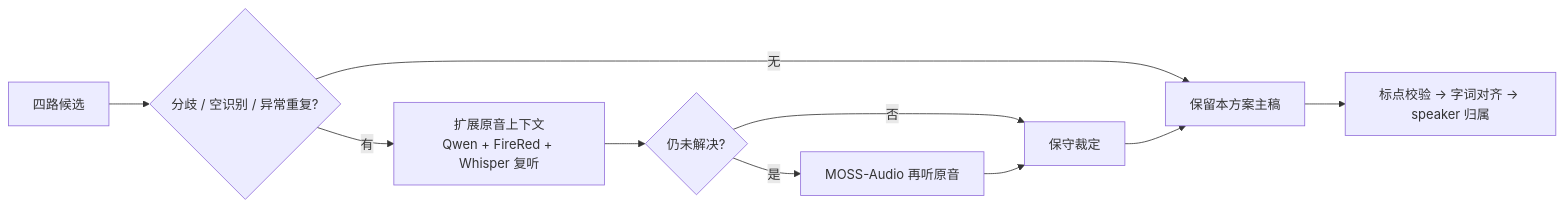
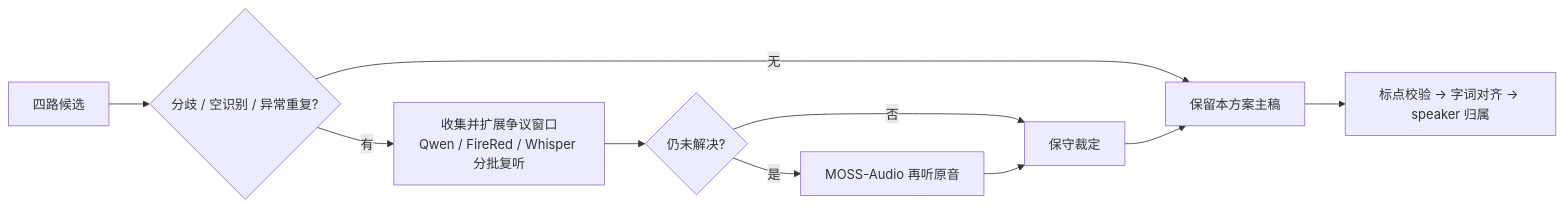
Before and after one commit to curoky/codespace: the fourth of 5 diagrams in platform/container/services/asr/DESIGN.md, drawn with Mermaid. The commit also changed other lines of this file and 65 other files, not shown here.

````diff
--- a/platform/container/services/asr/DESIGN.md
+++ b/platform/container/services/asr/DESIGN.md
@@ -171,12 +173,12 @@
 ```mermaid
 flowchart LR
     A[四路候选] --> D{分歧 / 空识别 / 异常重复?}
     D -->|无| P[保留本方案主稿]
-    D -->|有| R[扩展原音上下文<br/>Qwen + FireRed + Whisper 复听]
+    D -->|有| R[收集并扩展争议窗口<br/>Qwen / FireRed / Whisper 分批复听]
     R --> U{仍未解决?}
     U -->|是| M[MOSS-Audio 再听原音]
     U -->|否| J[保守裁定]
     M --> J
     J --> P
     P --> T[标点校验 → 字词对齐 → speaker 归属]
 ```
````
